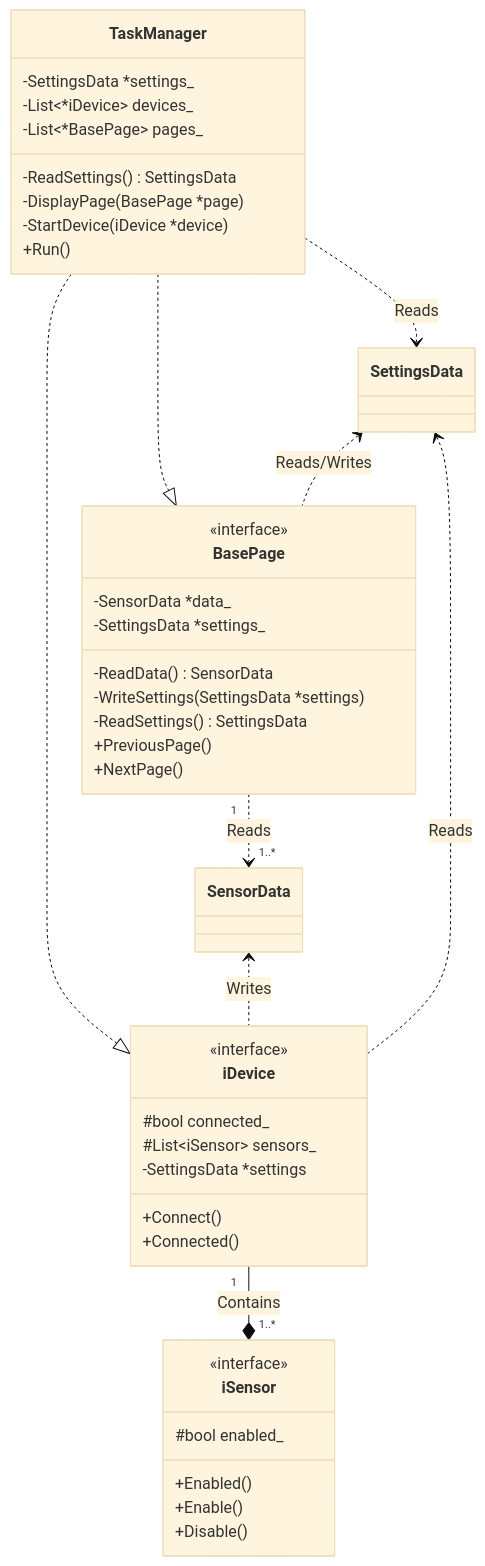
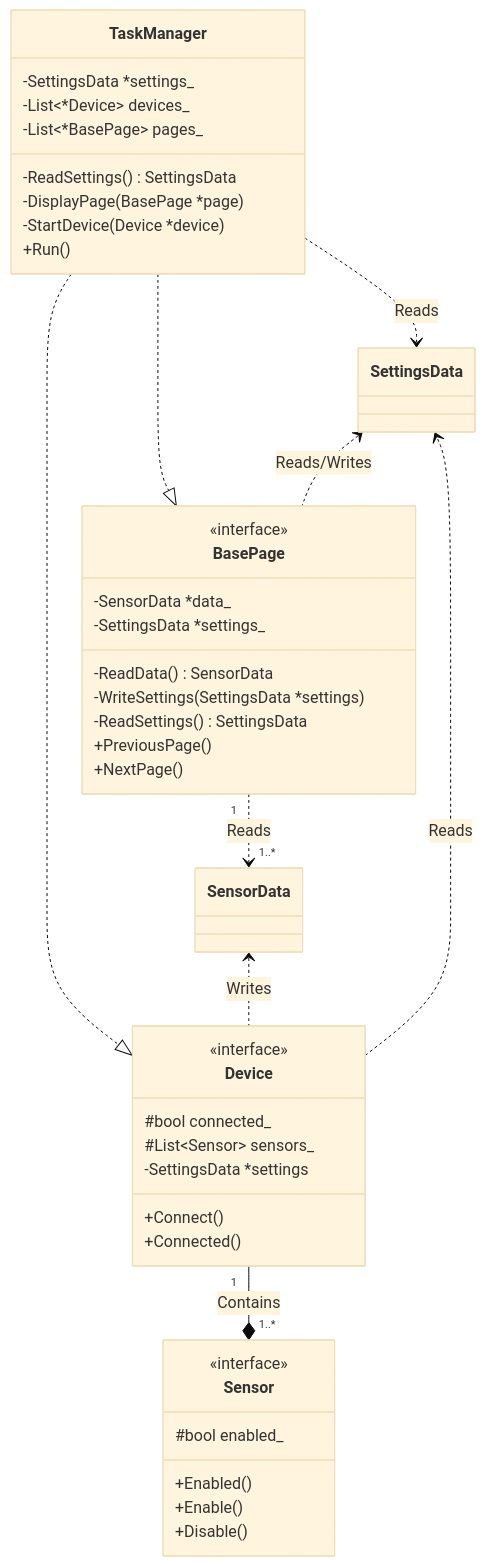
The diagram in DIAGRAM.md (juliannojungle/pedal.guru), drawn with Mermaid (base theme) before and after one commit. The commit also changed 36 other files, not shown here.

````diff
--- a/DIAGRAM.md
+++ b/DIAGRAM.md
@@ -26,67 +26,67 @@
 ```mermaid
 classDiagram
 
 class SettingsData
 
 link SettingsData "https://github.com/juliannojungle/OpenCC/blob/main/src/opencc.hpp"
 
 class TaskManager {
     -SettingsData *settings_
-    -List~*iDevice~ devices_
+    -List~*Device~ devices_
     -List~*BasePage~ pages_
     -ReadSettings() SettingsData
     -DisplayPage(BasePage *page)
-    -StartDevice(iDevice *device)
+    -StartDevice(Device *device)
     +Run()
 }
 
 link TaskManager "https://github.com/juliannojungle/OpenCC/blob/main/src/task_manager.cpp"
 TaskManager ..|> BasePage
-TaskManager ..|> iDevice
+TaskManager ..|> Device
 TaskManager ..> SettingsData : Reads
 
 class BasePage {
     <<interface>>
     -SensorData *data_
     -SettingsData *settings_
     -ReadData() SensorData
     -WriteSettings(SettingsData *settings)
     -ReadSettings() SettingsData
     +PreviousPage()
     +NextPage()
 }
 
 link BasePage "https://github.com/juliannojungle/OpenCC/blob/main/src/gui/pages/BasePage.cpp"
 
-class iSensor {
+class Sensor {
     <<interface>>
     #bool enabled_
     +Enabled()
     +Enable()
     +Disable()
 }
 
-link iSensor "https://github.com/juliannojungle/OpenCC/blob/main/src/sensors/iSensor.hpp"
+link Sensor "https://github.com/juliannojungle/OpenCC/blob/main/src/sensors/Sensor.hpp"
 
-class iDevice {
+class Device {
     <<interface>>
     #bool connected_
-    #List~iSensor~ sensors_
+    #List~Sensor~ sensors_
     -SettingsData *settings
     +Connect()
     +Connected()
 }
 
-link iDevice "https://github.com/juliannojungle/OpenCC/blob/main/src/devices/iDevice.hpp"
+link Device "https://github.com/juliannojungle/OpenCC/blob/main/src/devices/Device.hpp"
 
 class SensorData
 
 link SensorData "https://github.com/juliannojungle/OpenCC/blob/main/src/opencc.hpp"
 
-iDevice "1" --* "1..*" iSensor : Contains
-SensorData <.. iDevice : Writes
+Device "1" --* "1..*" Sensor : Contains
+SensorData <.. Device : Writes
 
 BasePage "1" ..> "1..*" SensorData : Reads
 SettingsData <.. BasePage : Reads/Writes
-iDevice ..> SettingsData : Reads
+Device ..> SettingsData : Reads
 ```
````
